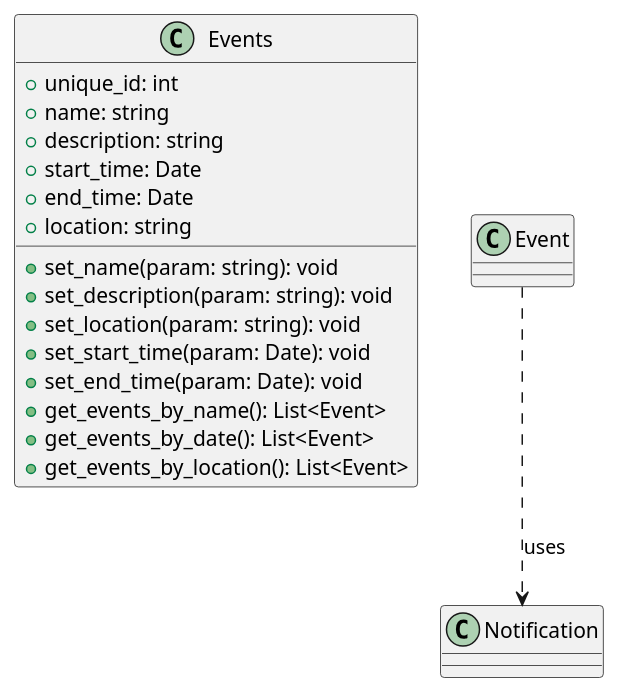
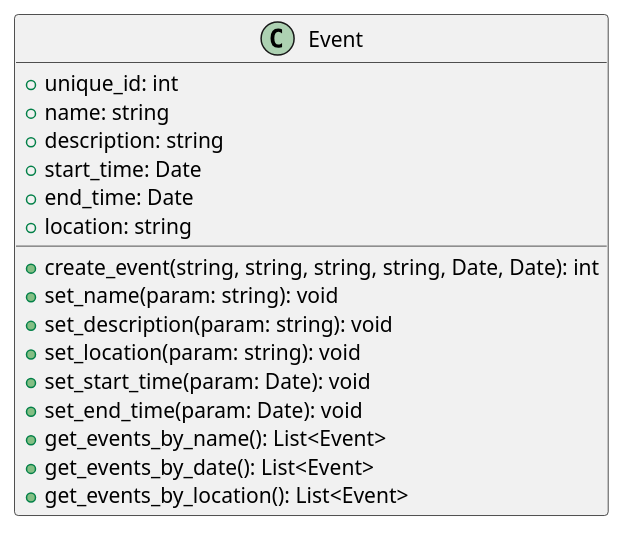
The diagram in assignment6/event.puml (CS361-2024Fall-Term/Innovators), drawn with PlantUML before and after one commit. The commit also changed 3 other files, not shown here.

```diff
--- a/assignment6/event.puml
+++ b/assignment6/event.puml
@@ -1,22 +1,21 @@
 @startuml
 
-class Events {
+class Event {
   +unique_id: int  
   +name: string
   +description: string
   +start_time: Date
   +end_time: Date
   +location: string
+  +create_event(string, string, string, string, Date, Date): int
   +set_name(param: string): void
   +set_description(param: string): void
   +set_location(param: string): void
   +set_start_time(param: Date): void
   +set_end_time(param: Date): void
   +get_events_by_name(): List<Event>
   +get_events_by_date(): List<Event>
   +get_events_by_location(): List<Event>
 }
 
-Event ..> Notification: uses
-
 @enduml
```
